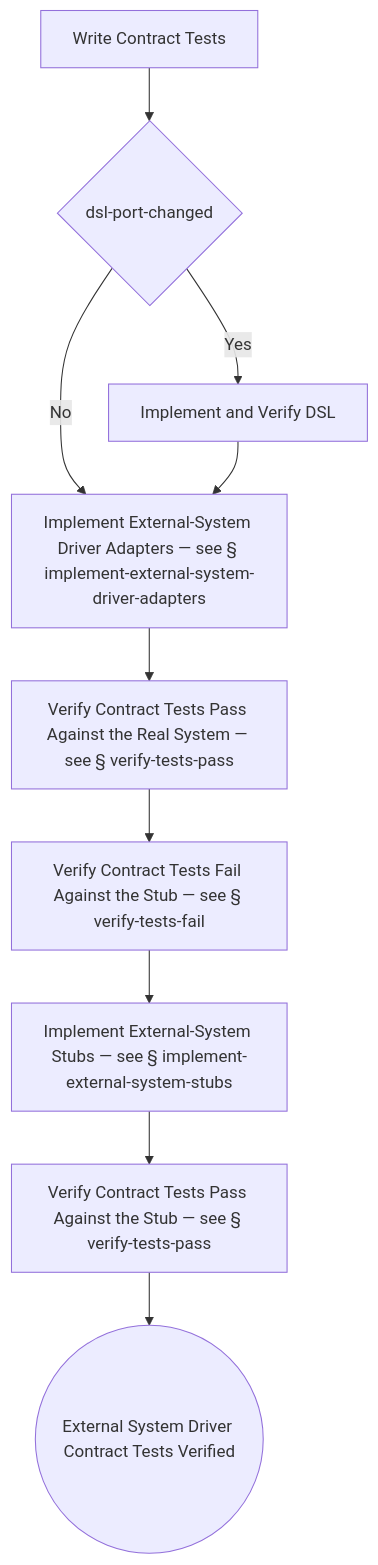
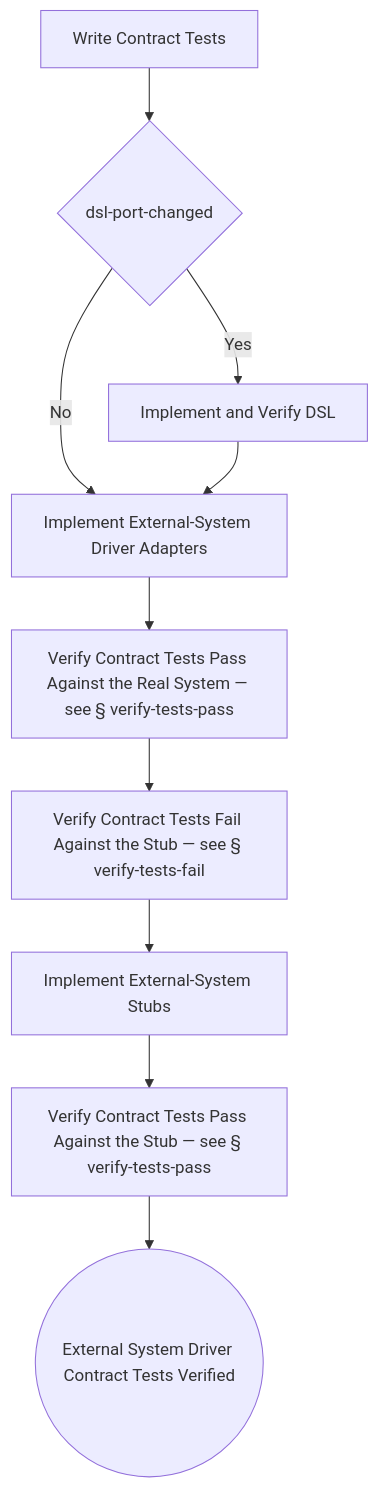
One commit to optivem/gh-optivem changed diagram 19 of 53 in docs/process-diagram.md. Above: the diagram before and after it, drawn with Mermaid. The commit also changed other lines of this file and 7 other files, not shown here.

Commit message:
atdd: regenerate process-flow diagram

````diff
--- a/docs/process-diagram.md
+++ b/docs/process-diagram.md
@@ -361,22 +361,22 @@
 ```mermaid
 flowchart TD
     GATE_DSL_PORT_CHANGED{dsl-port-changed}
     IMPLEMENT_AND_VERIFY_DSL[Implement and Verify DSL]
-    IMPLEMENT_EXTERNAL_SYSTEM_DRIVER_ADAPTERS[Implement External-System Driver Adapters — see § implement-external-system-driver-adapters]
-    IMPLEMENT_EXTERNAL_SYSTEM_STUBS[Implement External-System Stubs — see § implement-external-system-stubs]
+    IMPLEMENT_EXTERNAL_SYSTEM_DRIVER_ADAPTERS[Implement External-System Driver Adapters]
+    IMPLEMENT_EXTERNAL_SYSTEM_STUBS[Implement External-System Stubs]
     IMPL_EXT_DRIVER_CT_END((External System Driver Contract Tests Verified))
     VERIFY_TESTS_FAIL_CONTRACT_STUB[Verify Contract Tests Fail Against the Stub — see § verify-tests-fail]
     VERIFY_TESTS_PASS_CONTRACT_REAL[Verify Contract Tests Pass Against the Real System — see § verify-tests-pass]
     VERIFY_TESTS_PASS_CONTRACT_STUB[Verify Contract Tests Pass Against the Stub — see § verify-tests-pass]
     WRITE_CONTRACT_TESTS[Write Contract Tests]
 
     WRITE_CONTRACT_TESTS --> GATE_DSL_PORT_CHANGED
     GATE_DSL_PORT_CHANGED -- Yes --> IMPLEMENT_AND_VERIFY_DSL
     GATE_DSL_PORT_CHANGED -- No --> IMPLEMENT_EXTERNAL_SYSTEM_DRIVER_ADAPTERS
     IMPLEMENT_AND_VERIFY_DSL --> IMPLEMENT_EXTERNAL_SYSTEM_DRIVER_ADAPTERS
     IMPLEMENT_EXTERNAL_SYSTEM_DRIVER_ADAPTERS --> VERIFY_TESTS_PASS_CONTRACT_REAL
     VERIFY_TESTS_PASS_CONTRACT_REAL --> VERIFY_TESTS_FAIL_CONTRACT_STUB
     VERIFY_TESTS_FAIL_CONTRACT_STUB --> IMPLEMENT_EXTERNAL_SYSTEM_STUBS
     IMPLEMENT_EXTERNAL_SYSTEM_STUBS --> VERIFY_TESTS_PASS_CONTRACT_STUB
     VERIFY_TESTS_PASS_CONTRACT_STUB --> IMPL_EXT_DRIVER_CT_END
 ```
````
